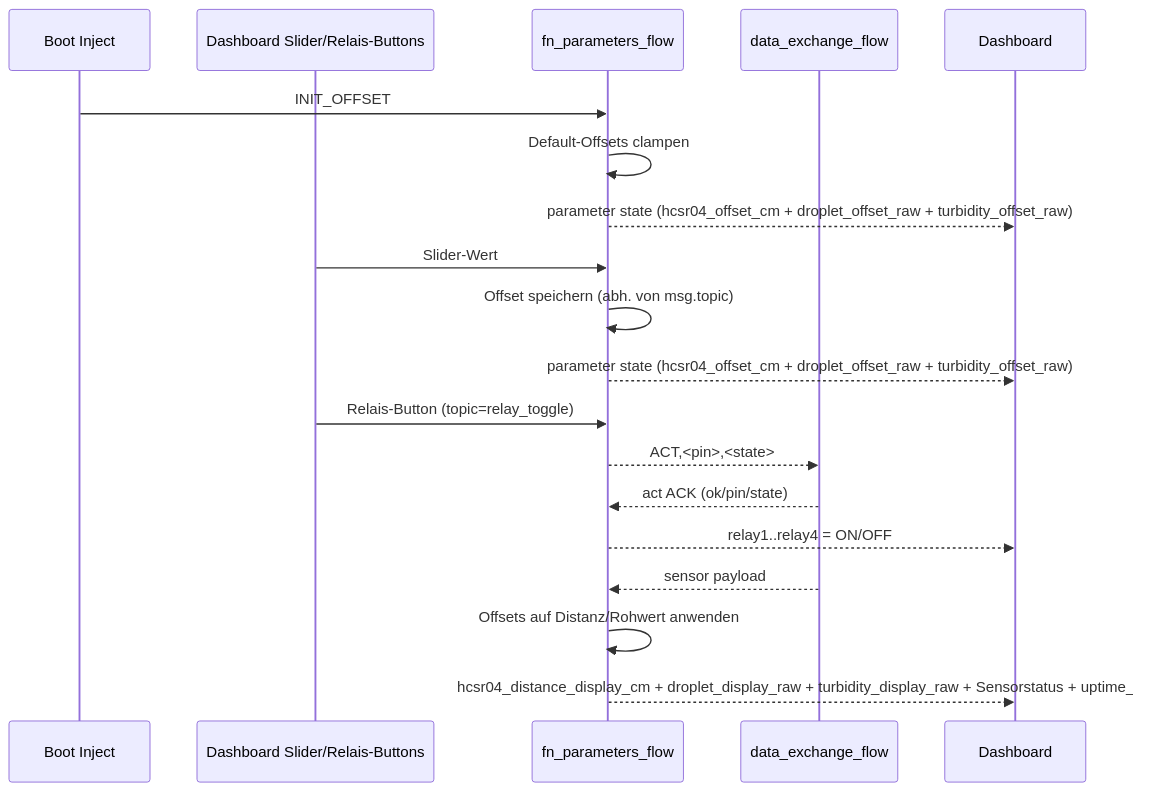
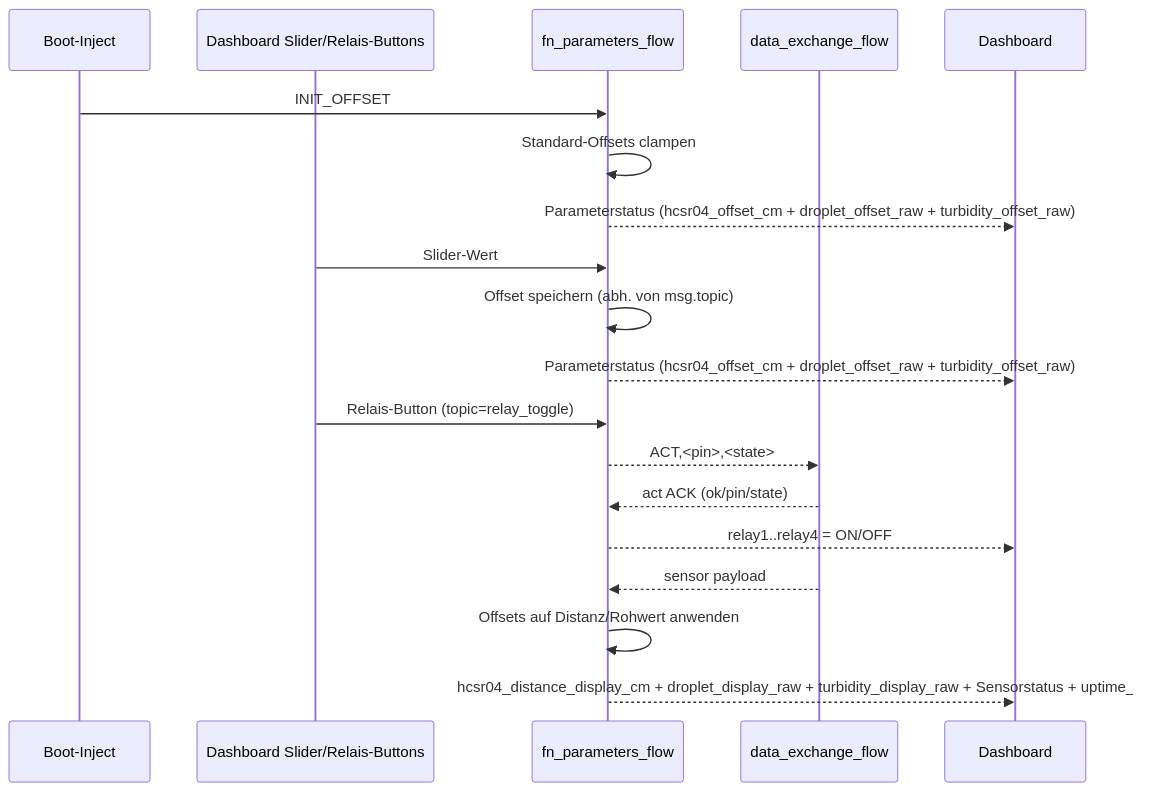
One commit to HerrnDK/Projekt changed the ninth of 13 diagrams in nodered/flows/FLOW_ARCHITEKTUR_PLAN.md. Above: the diagram before and after it, drawn with Mermaid. The commit also changed other lines of this file and 11 other files, not shown here.

````diff
--- a/nodered/flows/FLOW_ARCHITEKTUR_PLAN.md
+++ b/nodered/flows/FLOW_ARCHITEKTUR_PLAN.md
@@ -193,25 +193,25 @@
 ```mermaid
 sequenceDiagram
-  participant Boot as Boot Inject
+  participant Boot as Boot-Inject
   participant UI as Dashboard Slider/Relais-Buttons
   participant PF as fn_parameters_flow
   participant X as data_exchange_flow
   participant D as Dashboard
 
   Boot->>PF: INIT_OFFSET
-  PF->>PF: Default-Offsets clampen
-  PF-->>D: parameter state (hcsr04_offset_cm + droplet_offset_raw + turbidity_offset_raw)
+  PF->>PF: Standard-Offsets clampen
+  PF-->>D: Parameterstatus (hcsr04_offset_cm + droplet_offset_raw + turbidity_offset_raw)
 
   UI->>PF: Slider-Wert
   PF->>PF: Offset speichern (abh. von msg.topic)
-  PF-->>D: parameter state (hcsr04_offset_cm + droplet_offset_raw + turbidity_offset_raw)
+  PF-->>D: Parameterstatus (hcsr04_offset_cm + droplet_offset_raw + turbidity_offset_raw)
 
   UI->>PF: Relais-Button (topic=relay_toggle)
   PF-->>X: ACT,<pin>,<state>
   X-->>PF: act ACK (ok/pin/state)
   PF-->>D: relay1..relay4 = ON/OFF
 
   X-->>PF: sensor payload
   PF->>PF: Offsets auf Distanz/Rohwert anwenden
   PF-->>D: hcsr04_distance_display_cm + droplet_display_raw + turbidity_display_raw + Sensorstatus + uptime_hms
 ```
````
